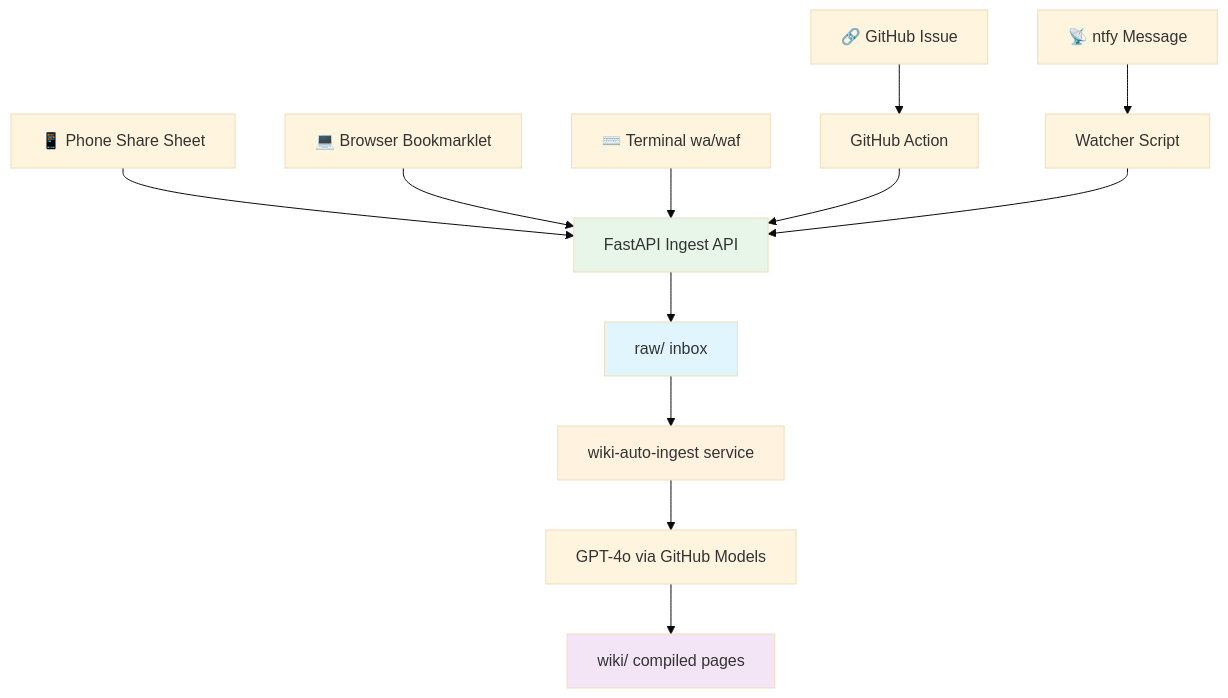
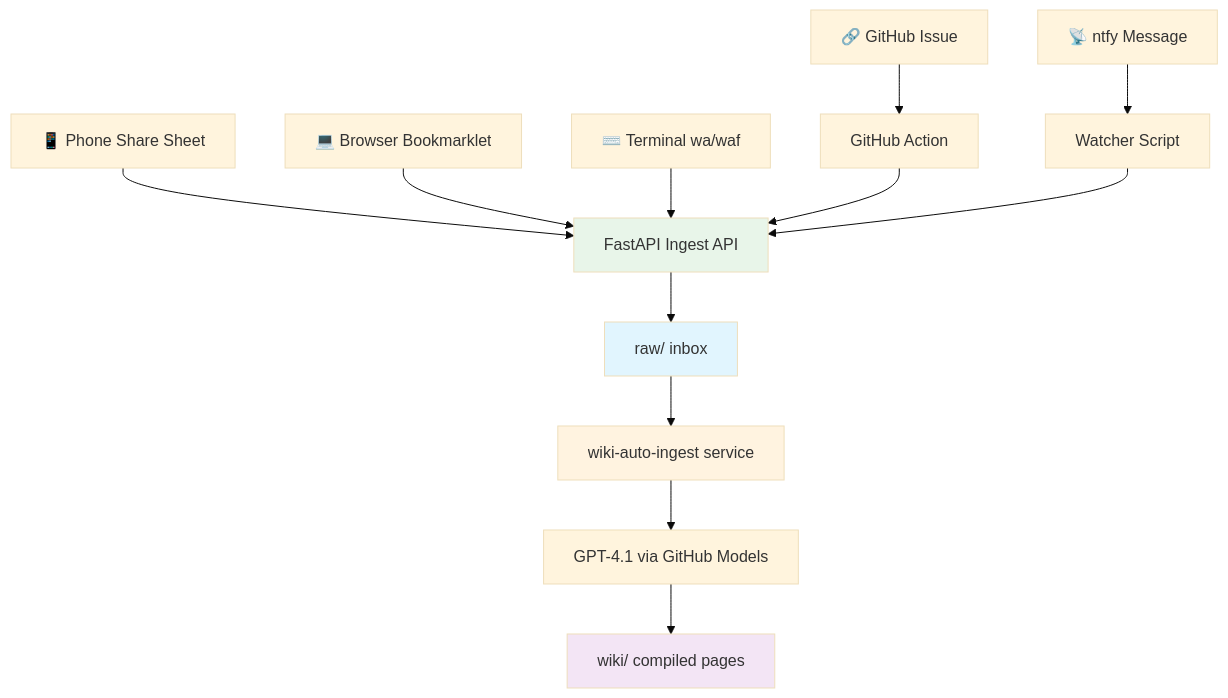
The third of 3 diagrams in docs/architecture.md (jbl306/labs-wiki), drawn with Mermaid (base theme) before and after one commit. The commit also changed other lines of this file and 3 other files, not shown here.

First line of the commit message:
docs: update auto-ingest docs for Twitter, GitHub, vision, GPT-4.1

````diff
--- a/docs/architecture.md
+++ b/docs/architecture.md
@@ -102,18 +110,18 @@
 ```mermaid
 flowchart TB
     PHONE[📱 Phone Share Sheet] --> API
     BROWSER[💻 Browser Bookmarklet] --> API
     CLI[⌨️ Terminal wa/waf] --> API
     GITHUB[🔗 GitHub Issue] --> ACTION[GitHub Action] --> API
     NTFY[📡 ntfy Message] --> WATCHER[Watcher Script] --> API
 
     API[FastAPI Ingest API] --> RAW[raw/ inbox]
     RAW --> AUTO[wiki-auto-ingest service]
-    AUTO --> LLM[GPT-4o via GitHub Models]
+    AUTO --> LLM[GPT-4.1 via GitHub Models]
     LLM --> WIKI[wiki/ compiled pages]
 
     style API fill:#e8f5e9
     style RAW fill:#e1f5fe
     style AUTO fill:#fff3e0
     style WIKI fill:#f3e5f5
 ```
````
